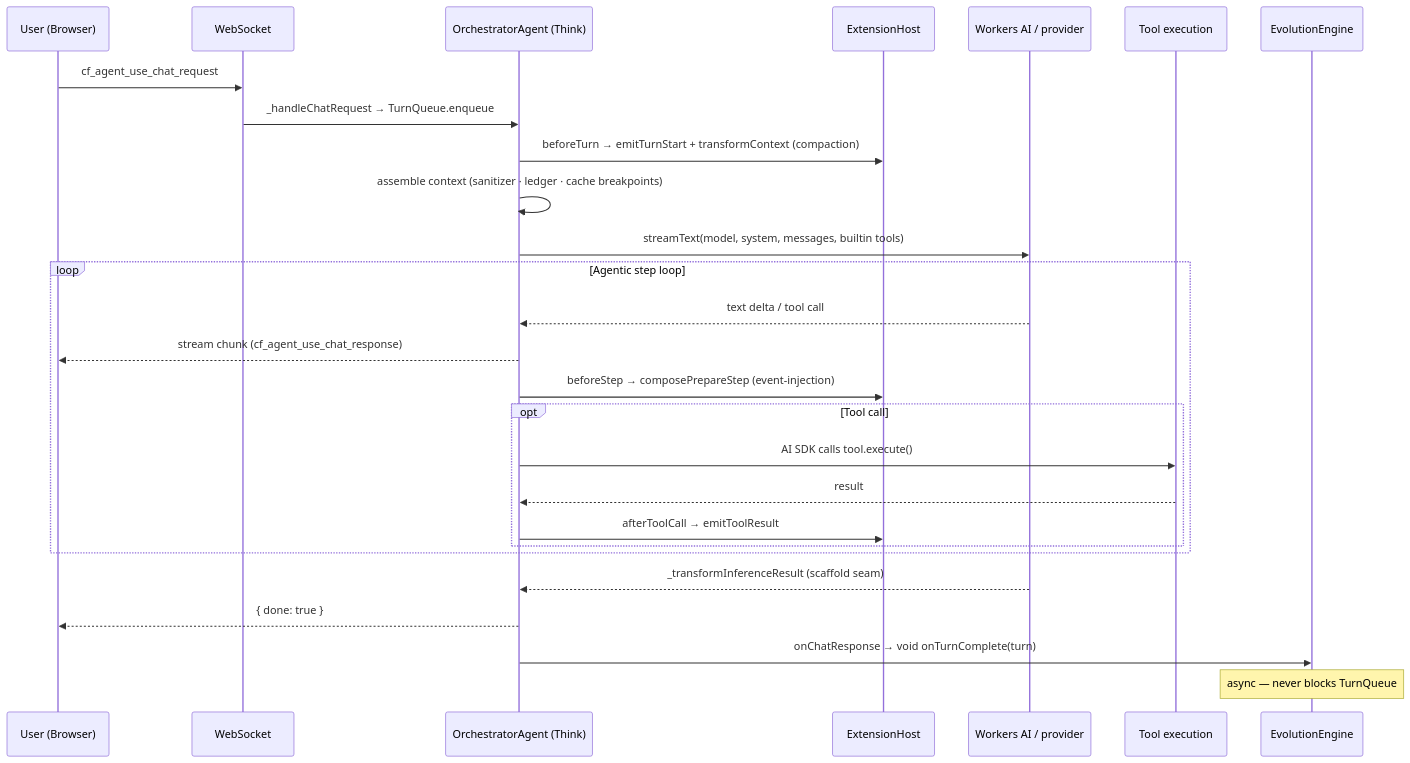
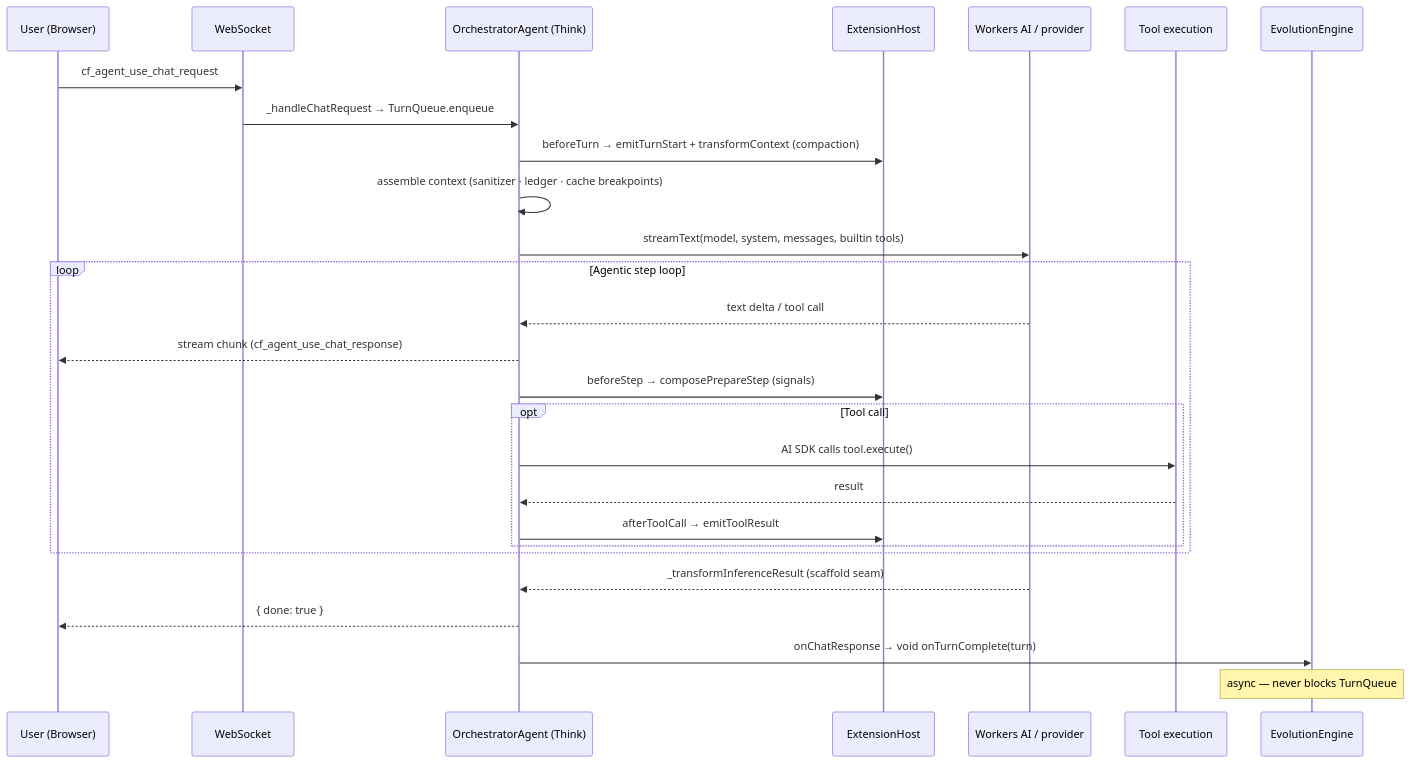
The fourth of 5 diagrams in docs/ARCHITECTURE.md (AshishKumar4/Proteus), drawn with Mermaid before and after one commit. The commit also changed other lines of this file and 38 other files, not shown here.

````diff
--- a/docs/ARCHITECTURE.md
+++ b/docs/ARCHITECTURE.md
@@ -219,30 +226,30 @@
 ```mermaid
 sequenceDiagram
     participant U as User (Browser)
     participant WS as WebSocket
     participant T as OrchestratorAgent (Think)
     participant X as ExtensionHost
     participant LLM as Workers AI / provider
     participant Tools as Tool execution
     participant Evo as EvolutionEngine
 
     U->>WS: cf_agent_use_chat_request
     WS->>T: _handleChatRequest → TurnQueue.enqueue
     T->>X: beforeTurn → emitTurnStart + transformContext (compaction)
     T->>T: assemble context (sanitizer · ledger · cache breakpoints)
     T->>LLM: streamText(model, system, messages, builtin tools)
     loop Agentic step loop
         LLM-->>T: text delta / tool call
         T-->>U: stream chunk (cf_agent_use_chat_response)
-        T->>X: beforeStep → composePrepareStep (event-injection)
+        T->>X: beforeStep → composePrepareStep (signals)
         opt Tool call
             T->>Tools: AI SDK calls tool.execute()
             Tools-->>T: result
             T->>X: afterToolCall → emitToolResult
         end
     end
     LLM-->>T: _transformInferenceResult (scaffold seam)
     T-->>U: { done: true }
     T->>Evo: onChatResponse → void onTurnComplete(turn)
     Note over Evo: async — never blocks TurnQueue
 ```
````
